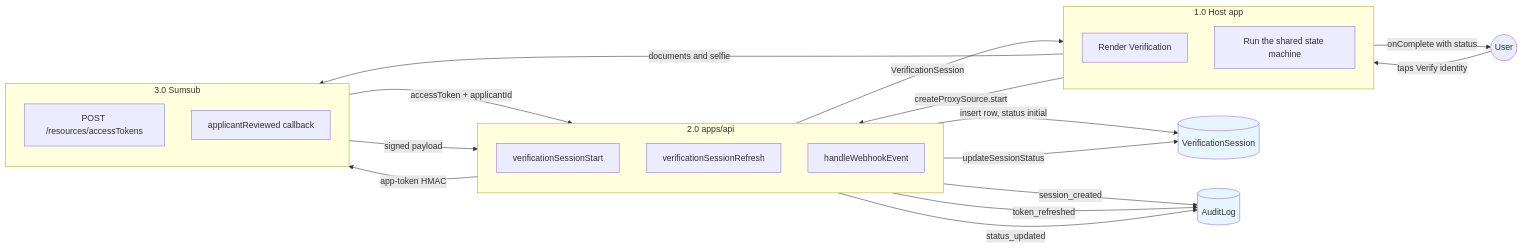
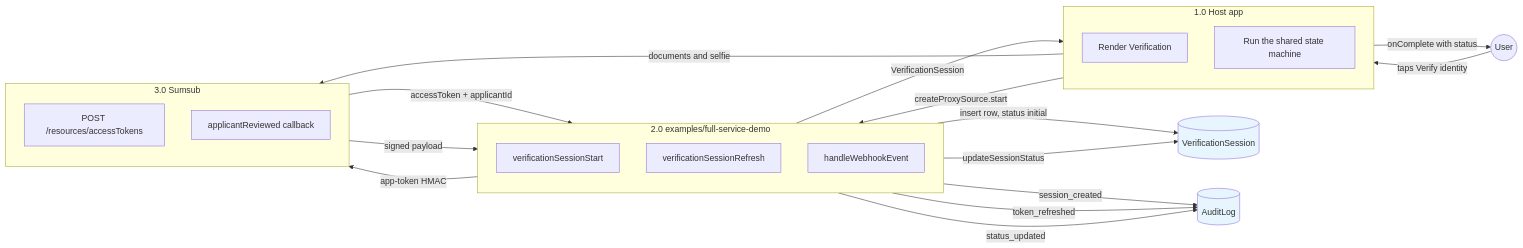
The diagram in docs/diagrams/src/data-flow-proxy.mmd (blinkbitcoin/kyc), drawn with Mermaid before and after one commit. The commit also changed 133 other files, not shown here.

First line of the commit message:
refactor: move the reference backend to examples/full-service-demo

```diff
--- a/docs/diagrams/src/data-flow-proxy.mmd
+++ b/docs/diagrams/src/data-flow-proxy.mmd
@@ -1,41 +1,41 @@
 flowchart LR
     U((User))
 
     subgraph P1["1.0 Host app"]
         direction TB
         p1a[Render Verification]
         p1b[Run the shared state machine]
     end
 
-    subgraph P2["2.0 apps/api"]
+    subgraph P2["2.0 examples/full-service-demo"]
         direction TB
         p2a[verificationSessionStart]
         p2b[verificationSessionRefresh]
         p2c[handleWebhookEvent]
     end
 
     subgraph P3["3.0 Sumsub"]
         direction TB
         p3a[POST /resources/accessTokens]
         p3b[applicantReviewed callback]
     end
 
     D1[(VerificationSession)]
     D2[(AuditLog)]
 
     U -- "taps Verify identity" --> P1
     P1 -- "createProxySource.start" --> p2a
     p2a -- "app-token HMAC" --> p3a
     p3a -- "accessToken + applicantId" --> p2a
     p2a -- "insert row, status initial" --> D1
     p2a -- "session_created" --> D2
     p2a -- "VerificationSession" --> P1
     P1 -- "documents and selfie" --> P3
     p2b -- "token_refreshed" --> D2
     p3b -- "signed payload" --> p2c
     p2c -- "updateSessionStatus" --> D1
     p2c -- "status_updated" --> D2
     P1 -- "onComplete with status" --> U
 
     style D1 fill:#e7f5ff
     style D2 fill:#e7f5ff
```
